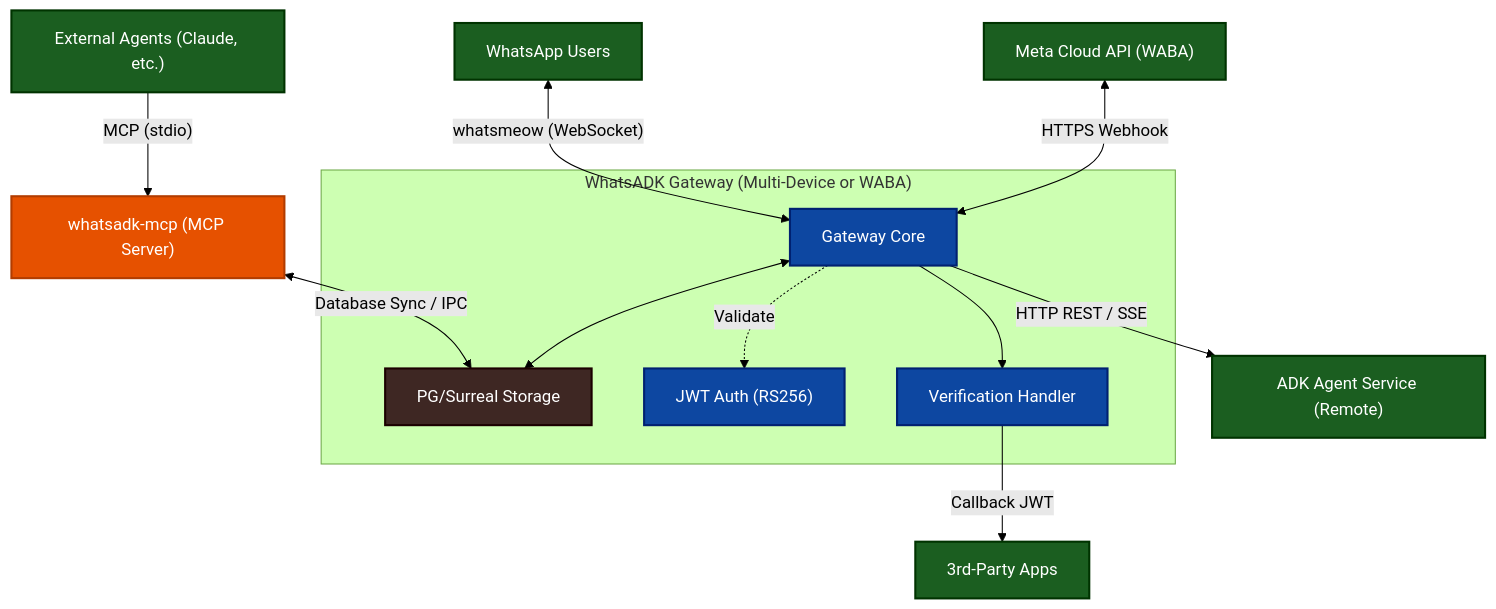
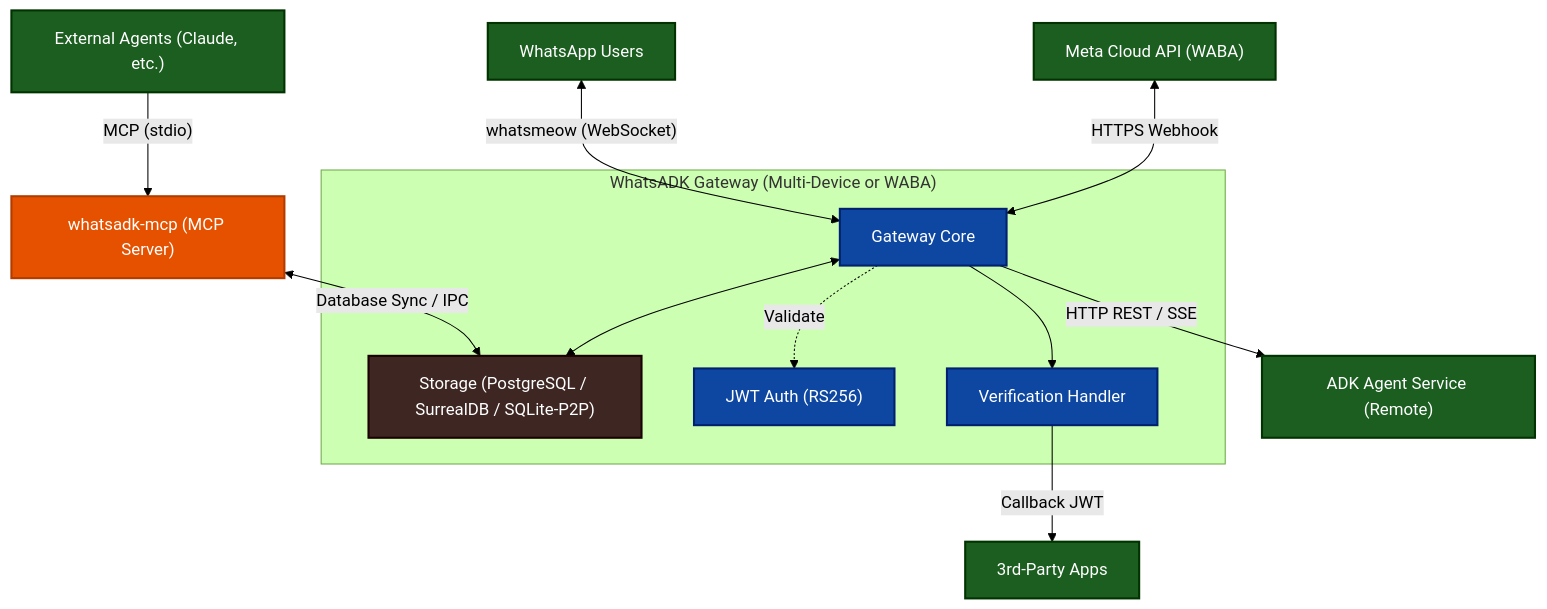
Before and after one commit to innomon/whatsadk: the diagram in ARCHITECTURE.md, drawn with Mermaid (forest theme). The commit also changed 15 other files, not shown here.

````diff
--- a/ARCHITECTURE.md
+++ b/ARCHITECTURE.md
@@ -7,38 +7,38 @@
 ```mermaid
 graph TD
     %% Styling
     classDef main fill:#0d47a1,stroke:#002171,stroke-width:2px,color:#ffffff;
     classDef db fill:#3e2723,stroke:#1b0000,stroke-width:2px,color:#ffffff;
     classDef ext fill:#1b5e20,stroke:#003300,stroke-width:2px,color:#ffffff;
     classDef mcp fill:#e65100,stroke:#b23c00,stroke-width:2px,color:#ffffff;
 
     %% Nodes
     ext_agents["External Agents (Claude, etc.)"]:::ext
     wa_users["WhatsApp Users"]:::ext
     waba_api["Meta Cloud API (WABA)"]:::ext
     adk_agent["ADK Agent Service (Remote)"]:::ext
     third_party["3rd-Party Apps"]:::ext
 
     subgraph gateway["WhatsADK Gateway (Multi-Device or WABA)"]
         gw_core["Gateway Core"]:::main
-        storage["PG/Surreal Storage"]:::db
+        storage["Storage (PostgreSQL / SurrealDB / SQLite-P2P)"]:::db
         jwt_auth["JWT Auth (RS256)"]:::main
         verify_handler["Verification Handler"]:::main
     end
 
     mcp_server["whatsadk-mcp (MCP Server)"]:::mcp
 
     %% Connections
     ext_agents -->|"MCP (stdio)"| mcp_server
     mcp_server <-->|"Database Sync / IPC"| storage
 
     wa_users <-->|"whatsmeow (WebSocket)"| gw_core
     waba_api <-->|"HTTPS Webhook"| gw_core
 
     gw_core <--> storage
     gw_core -.->|"Validate"| jwt_auth
     gw_core --> verify_handler
 
     gw_core -->|"HTTP REST / SSE"| adk_agent
     verify_handler -->|"Callback JWT"| third_party
 ```
````
